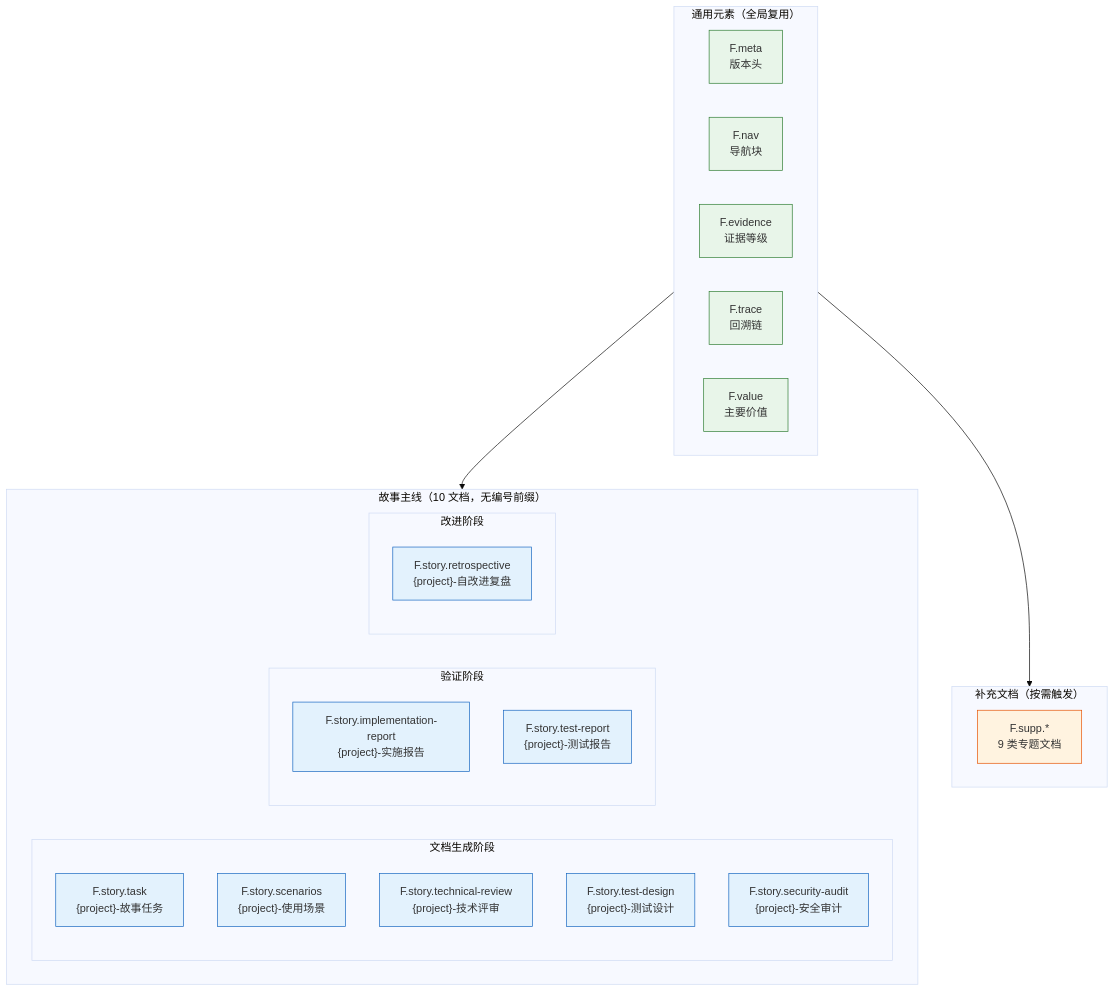
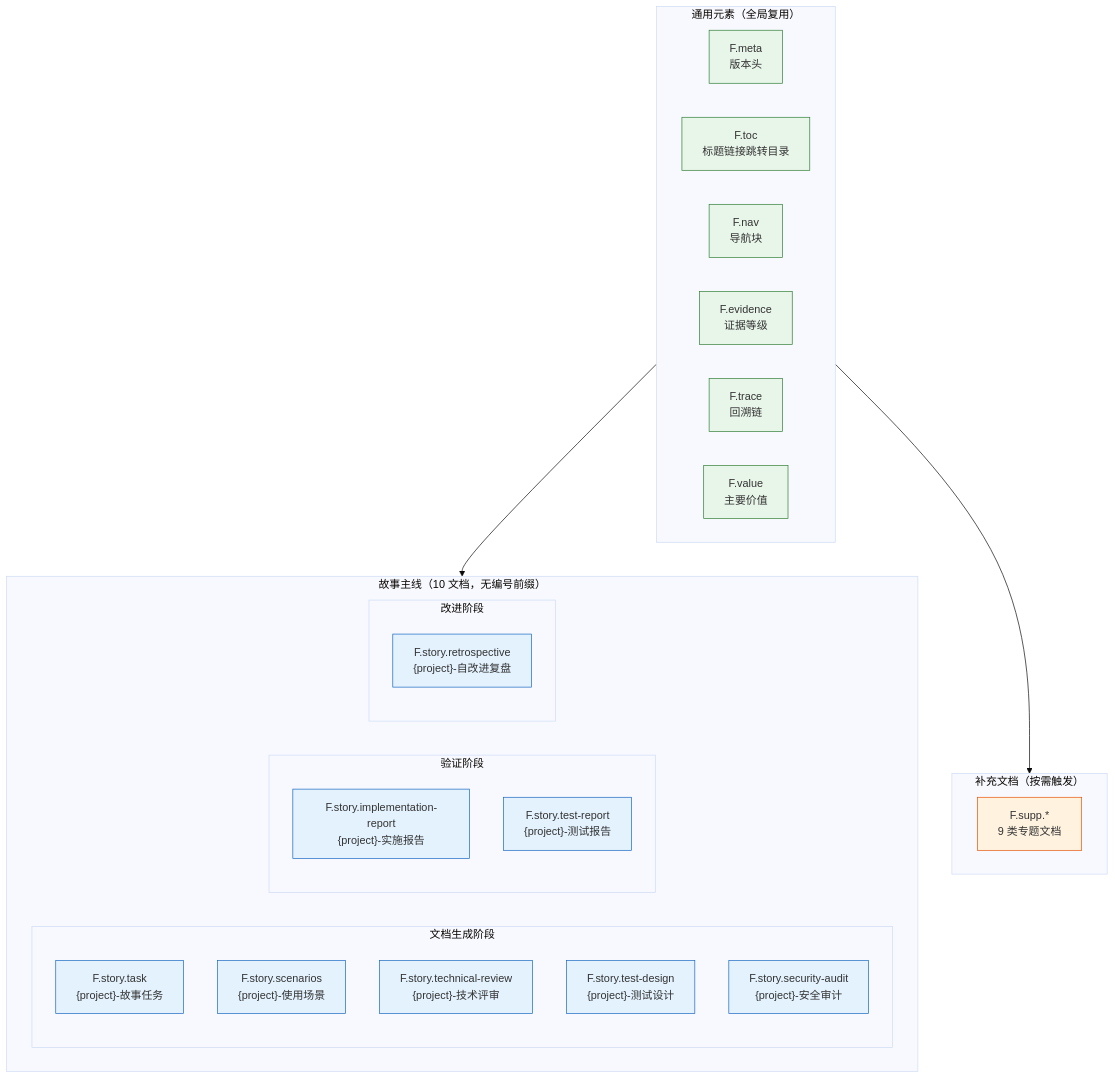
The first of 13 diagrams in skills/rui/formulas.md (effiy/YrY), drawn with Mermaid (base theme) before and after one commit. The commit also changed other lines of this file and 5 other files, not shown here.

First line of the commit message:
fix: refine doc formulas — remove §0, add F.toc, default mermaid colors, story prose

````diff
--- a/skills/rui/formulas.md
+++ b/skills/rui/formulas.md
@@ -7,41 +7,42 @@
 ```mermaid
 flowchart TB
     subgraph 通用["通用元素（全局复用）"]
         F.meta["F.meta<br/>版本头"]
+        F.toc["F.toc<br/>标题链接跳转目录"]
         F.nav["F.nav<br/>导航块"]
         F.evidence["F.evidence<br/>证据等级"]
         F.trace["F.trace<br/>回溯链"]
         F.value["F.value<br/>主要价值"]
     end
 
     subgraph 主线["故事主线（10 文档，无编号前缀）"]
         subgraph 生成["文档生成阶段"]
             F01["F.story.task<br/>{project}-故事任务"]
             F02["F.story.scenarios<br/>{project}-使用场景"]
             F03["F.story.technical-review<br/>{project}-技术评审"]
             F04["F.story.test-design<br/>{project}-测试设计"]
             F05["F.story.security-audit<br/>{project}-安全审计"]
         end
         subgraph 验证["验证阶段"]
             F06["F.story.implementation-report<br/>{project}-实施报告"]
             F07["F.story.test-report<br/>{project}-测试报告"]
         end
         subgraph 改进["改进阶段"]
             F08["F.story.retrospective<br/>{project}-自改进复盘"]
         end
     end
 
     subgraph 补充["补充文档（按需触发）"]
         FS["F.supp.*<br/>9 类专题文档"]
     end
 
     通用 --> 主线
     通用 --> 补充
 
     classDef gen fill:#e8f5e9,stroke:#2e7d32;
     classDef story fill:#e3f2fd,stroke:#1565c0;
     classDef supp fill:#fff3e0,stroke:#e65100;
-    class F.meta,F.nav,F.evidence,F.trace,F.value gen;
+    class F.meta,F.toc,F.nav,F.evidence,F.trace,F.value gen;
     class F01,F02,F03,F04,F05,F06,F07,F08 story;
     class FS supp;
 ```
````
